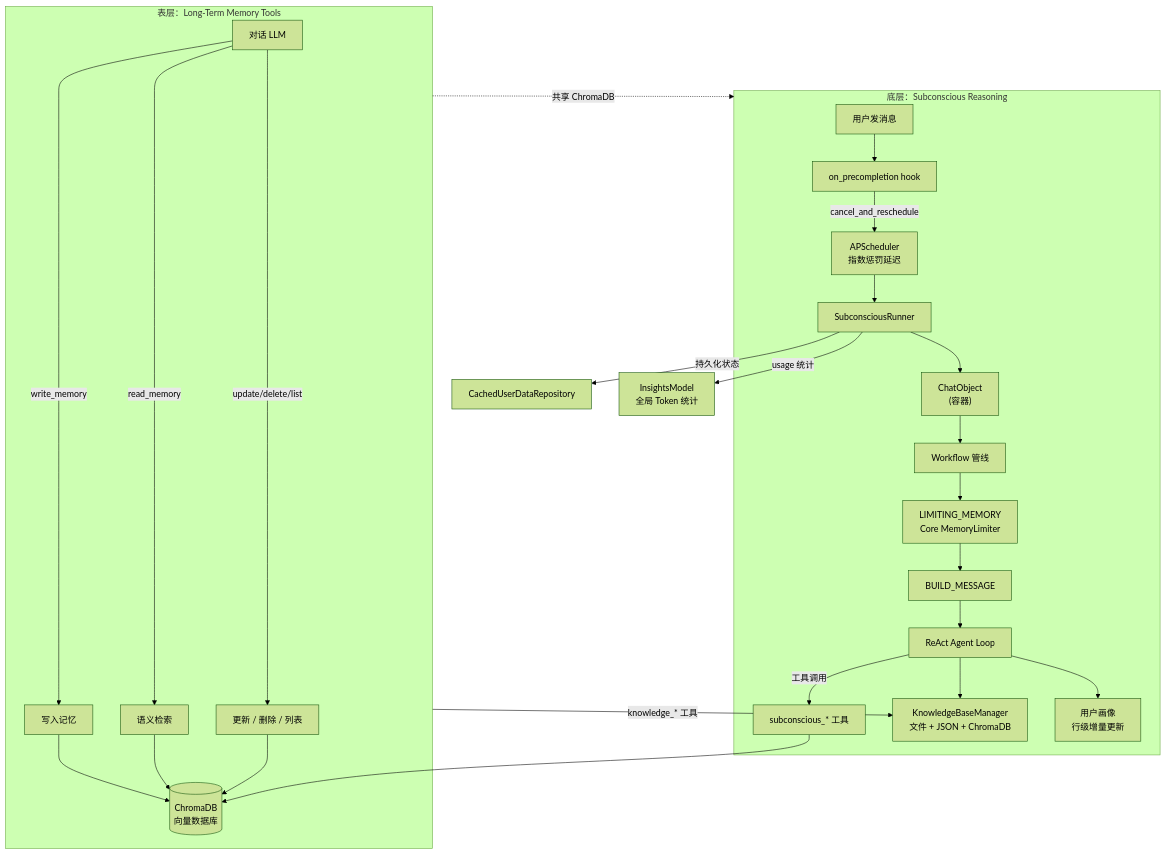
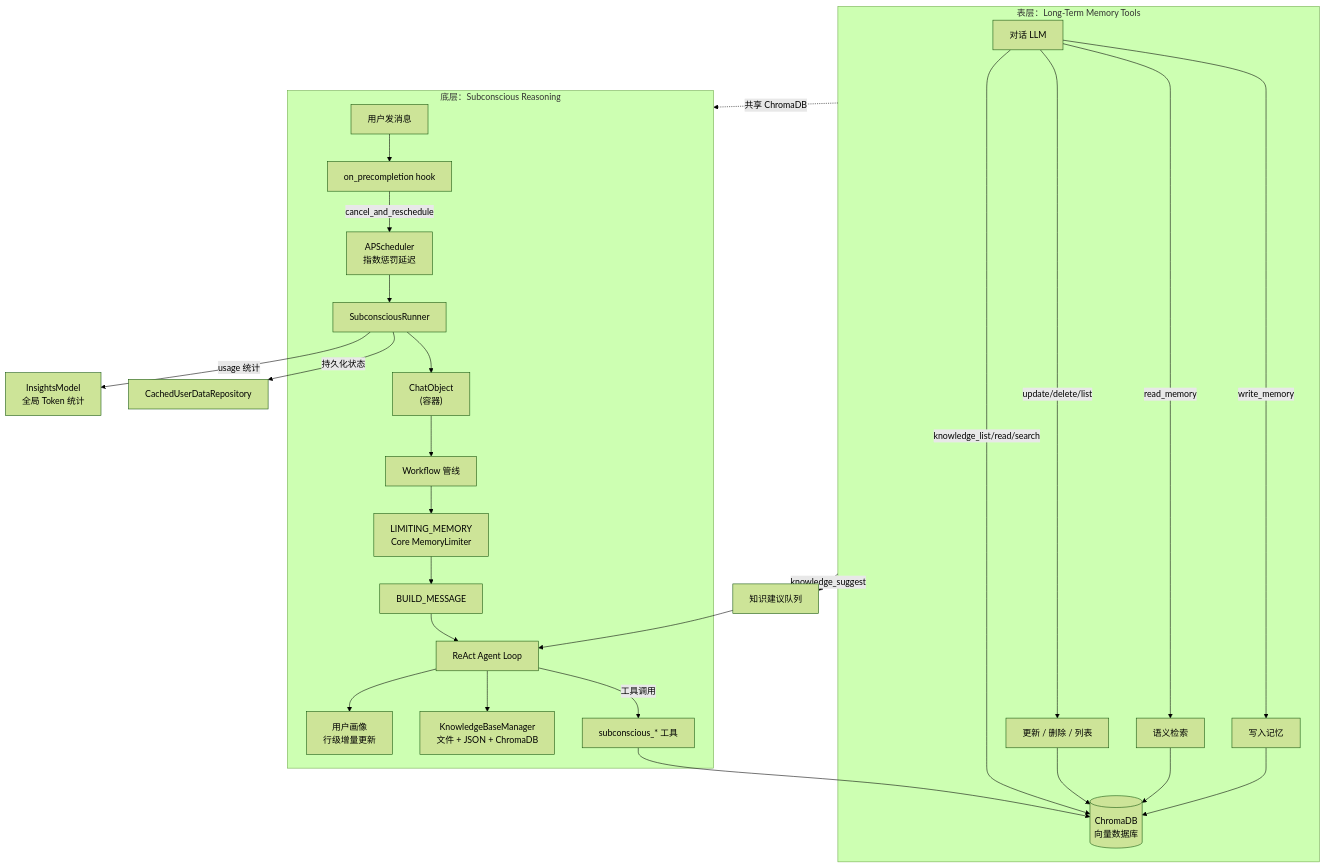
Before and after one commit to AmritaBot/plugin-memory: the first of 5 diagrams in README.md, drawn with Mermaid (forest theme). The commit also changed other lines of this file and 5 other files, not shown here.

````diff
--- a/README.md
+++ b/README.md
@@ -72,31 +74,33 @@
 ```mermaid
 flowchart TB
     subgraph Surface["表层：Long-Term Memory Tools"]
         S_LLM["对话 LLM"] -->|"write_memory"| S_Write["写入记忆"]
         S_LLM -->|"read_memory"| S_Read["语义检索"]
         S_LLM -->|"update/delete/list"| S_Mut["更新 / 删除 / 列表"]
         S_Write --> ChromaDB[("ChromaDB<br/>向量数据库")]
         S_Read --> ChromaDB
         S_Mut --> ChromaDB
+        S_LLM -->|"knowledge_list/read/search"| ChromaDB
     end
 
     subgraph Subconscious["底层：Subconscious Reasoning"]
         UserChat["用户发消息"] --> Hook["on_precompletion hook"]
         Hook -->|"cancel_and_reschedule"| Scheduler["APScheduler<br/>指数惩罚延迟"]
         Scheduler --> Runner["SubconsciousRunner"]
         Runner --> ChatObject["ChatObject<br/>(容器)"]
         ChatObject --> WF["Workflow 管线"]
         WF --> LM["LIMITING_MEMORY<br/>Core MemoryLimiter"]
         LM --> Build["BUILD_MESSAGE"]
         Build --> AgentLoop["ReAct Agent Loop"]
         AgentLoop -->|"工具调用"| STools["subconscious_* 工具"]
         STools --> ChromaDB
         AgentLoop --> KB["KnowledgeBaseManager<br/>文件 + JSON + ChromaDB"]
         AgentLoop --> Profile["用户画像<br/>行级增量更新"]
     end
 
-    Surface -->|"knowledge_* 工具"| KB
+    Surface -->|"knowledge_suggest"| SuggQueue["知识建议队列"]
+    SuggQueue --> AgentLoop
     Surface -.->|"共享 ChromaDB"| Subconscious
     Runner -->|"持久化状态"| CachedRepo["CachedUserDataRepository"]
     Runner -->|"usage 统计"| Insights["InsightsModel<br/>全局 Token 统计"]
 ```
````
